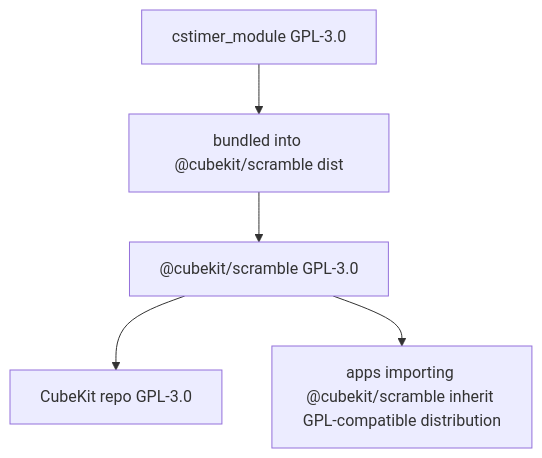
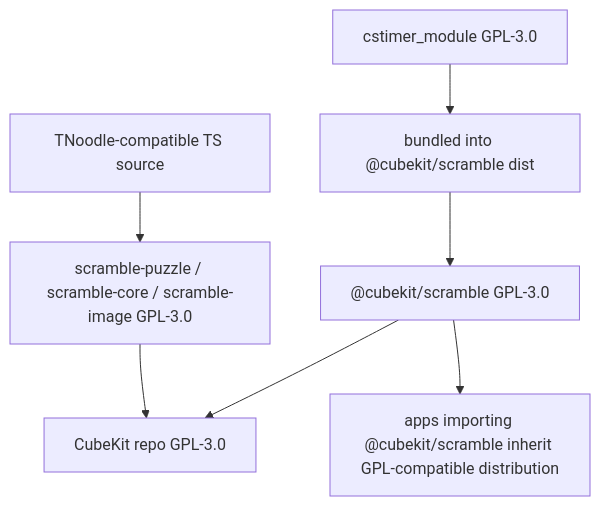
One commit to deweyou/cube-kit changed the diagram in docs/dependency-licensing.md. Above: the diagram before and after it, drawn with Mermaid. The commit also changed other lines of this file and 4 other files, not shown here.

````diff
--- a/docs/dependency-licensing.md
+++ b/docs/dependency-licensing.md
@@ -3,7 +3,9 @@
 ```mermaid
 flowchart TD
     Cstimer["cstimer_module GPL-3.0"] --> Bundle["bundled into @cubekit/scramble dist"]
     Bundle --> ScrambleLicense["@cubekit/scramble GPL-3.0"]
     ScrambleLicense --> RepoLicense["CubeKit repo GPL-3.0"]
     ScrambleLicense --> Apps["apps importing @cubekit/scramble inherit GPL-compatible distribution"]
+    TnoodlePort["TNoodle-compatible TS source"] --> NewPackages["scramble-puzzle / scramble-core / scramble-image GPL-3.0"]
+    NewPackages --> RepoLicense
 ```
````
